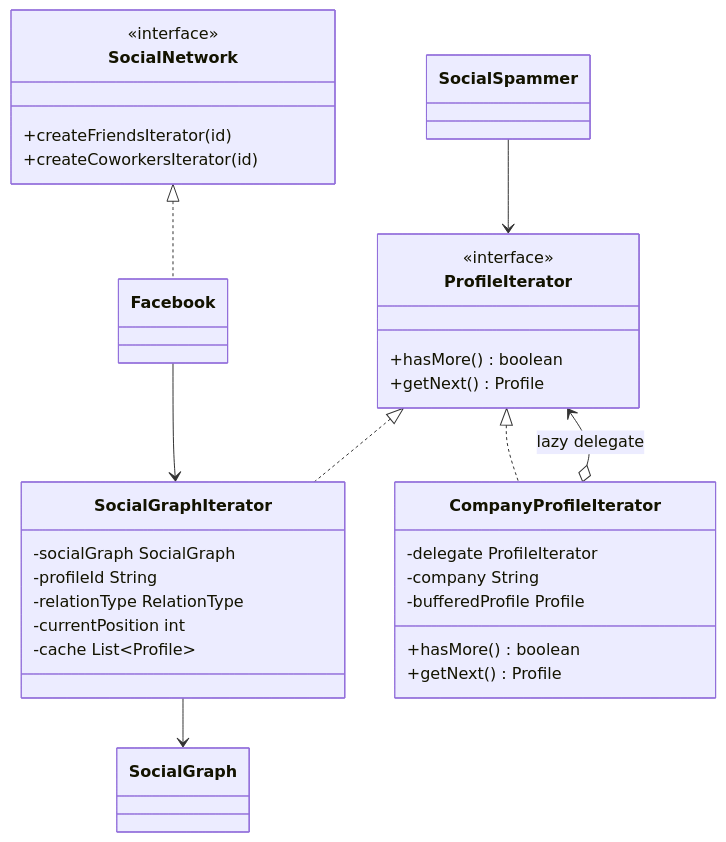
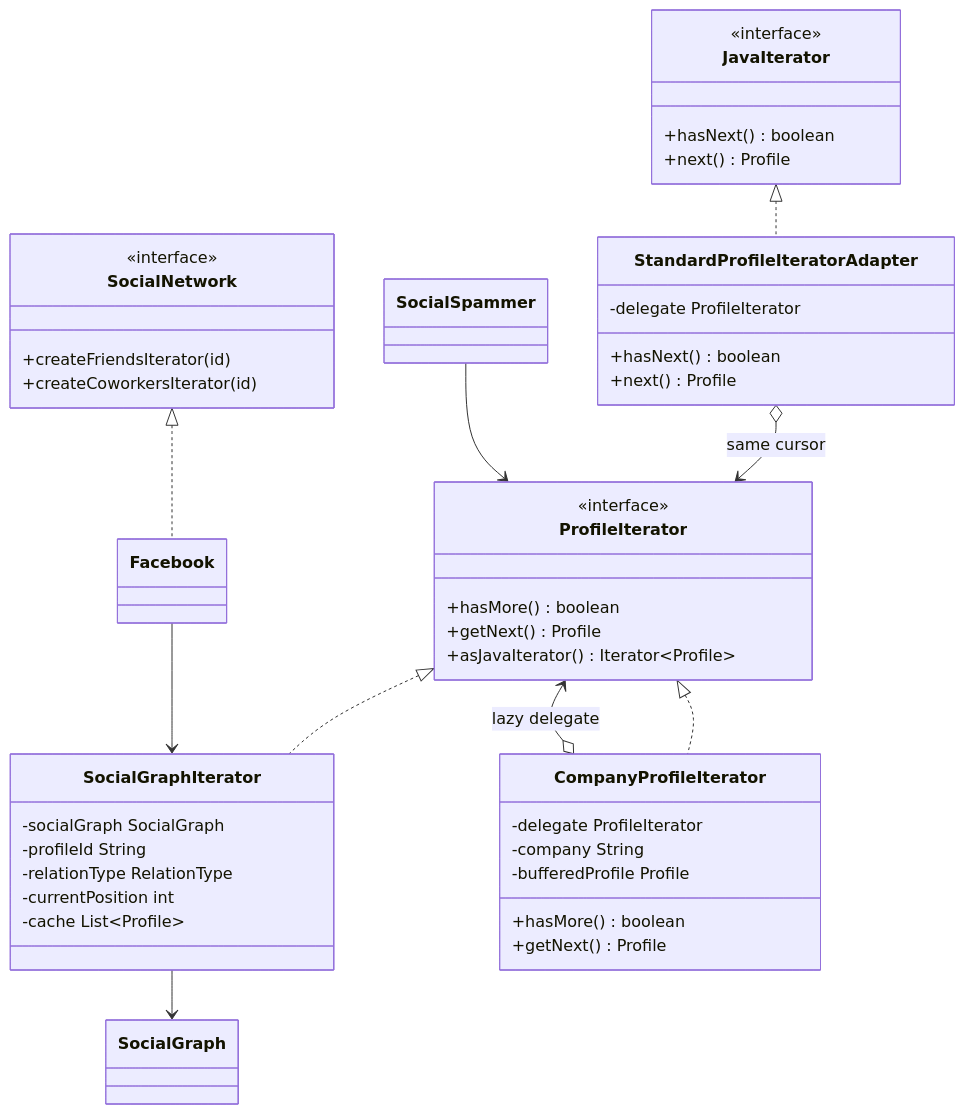
One commit to TunahanCan/design_pattern changed the first of 3 diagrams in src/main/java/com/can/behavirol/iterator/explain/iterator.md. Above: the diagram before and after it, drawn with Mermaid. The commit also changed other lines of this file and 34 other files, not shown here.

````diff
--- a/src/main/java/com/can/behavirol/iterator/explain/iterator.md
+++ b/src/main/java/com/can/behavirol/iterator/explain/iterator.md
@@ -98,34 +106,47 @@
 ```mermaid
 classDiagram
     class ProfileIterator {
         <<interface>>
         +hasMore() boolean
         +getNext() Profile
+        +asJavaIterator() Iterator~Profile~
+    }
+    class JavaIterator {
+        <<interface>>
+        +hasNext() boolean
+        +next() Profile
+    }
+    class StandardProfileIteratorAdapter {
+        -delegate ProfileIterator
+        +hasNext() boolean
+        +next() Profile
     }
     class SocialGraphIterator {
         -socialGraph SocialGraph
         -profileId String
         -relationType RelationType
         -currentPosition int
         -cache List~Profile~
     }
     class CompanyProfileIterator {
         -delegate ProfileIterator
         -company String
         -bufferedProfile Profile
         +hasMore() boolean
         +getNext() Profile
     }
     class SocialNetwork {
         <<interface>>
         +createFriendsIterator(id)
         +createCoworkersIterator(id)
     }
     ProfileIterator <|.. SocialGraphIterator
     ProfileIterator <|.. CompanyProfileIterator
+    JavaIterator <|.. StandardProfileIteratorAdapter
+    StandardProfileIteratorAdapter o--> ProfileIterator : same cursor
     CompanyProfileIterator o--> ProfileIterator : lazy delegate
     SocialNetwork <|.. Facebook
     Facebook --> SocialGraphIterator
     SocialGraphIterator --> SocialGraph
     SocialSpammer --> ProfileIterator
 ```
````
